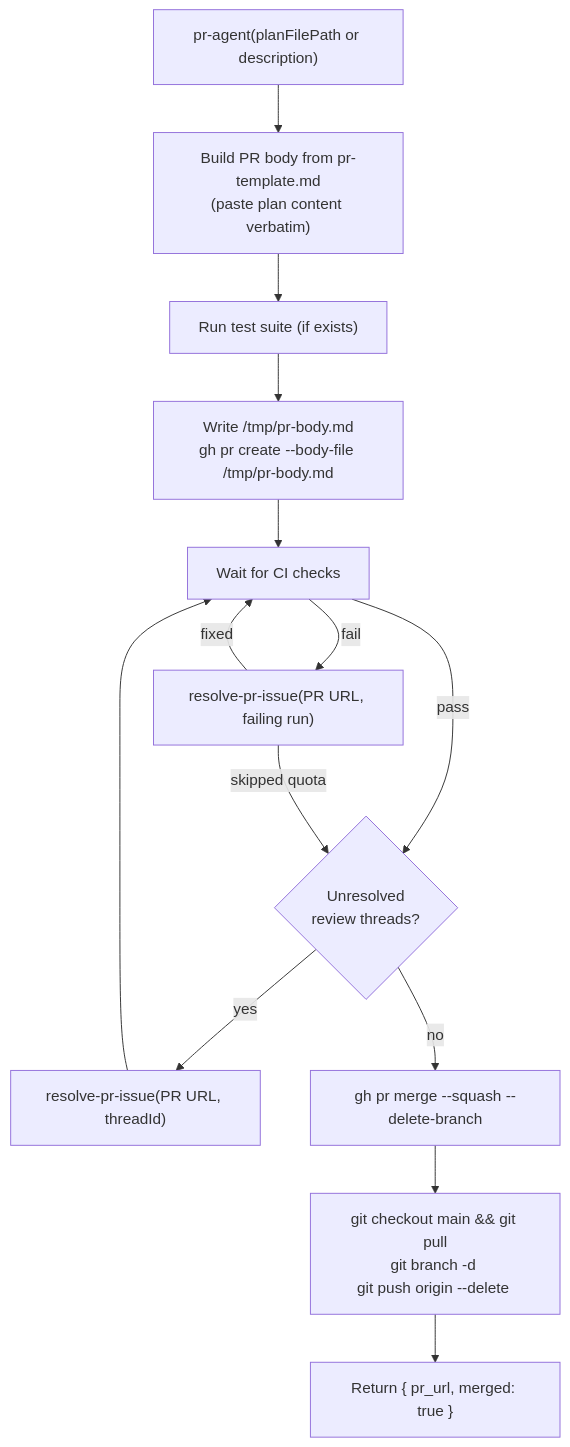
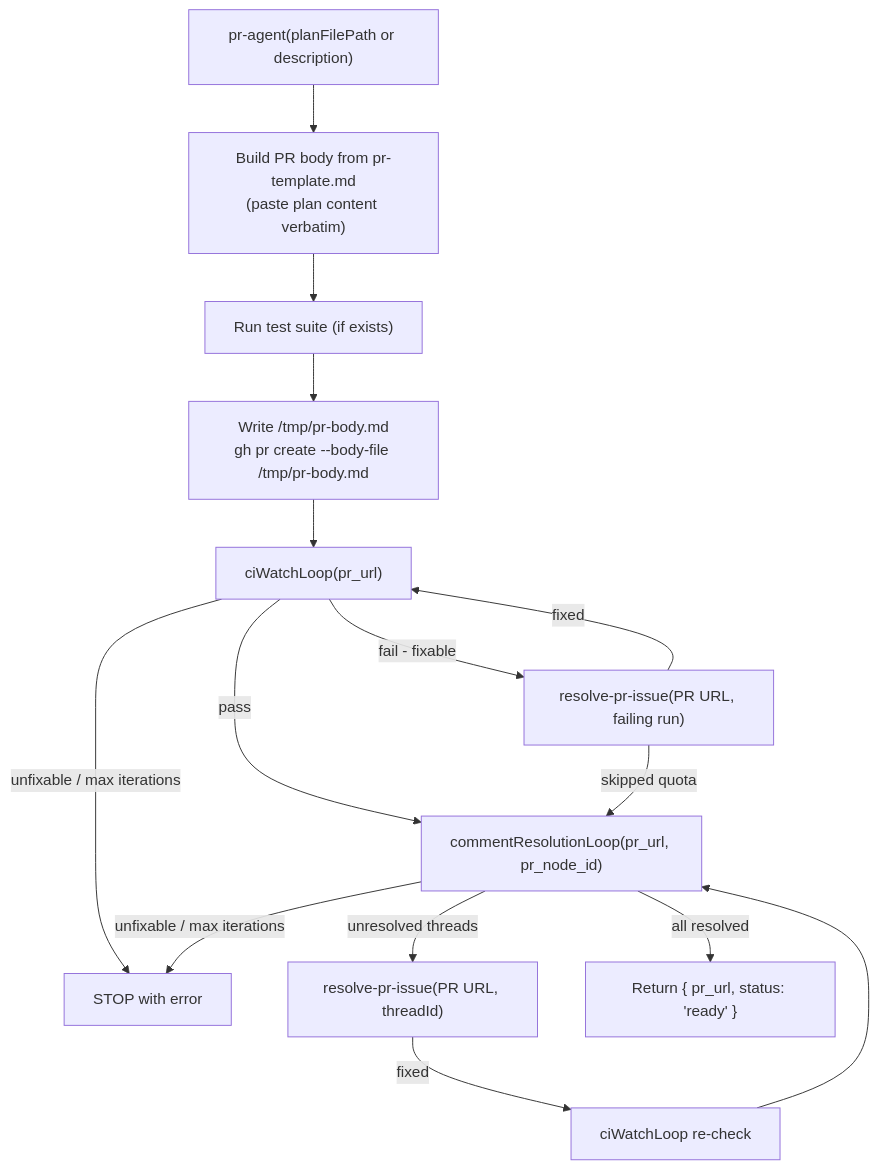
The diagram in docs/docs/open-pr.md (lewibs/dark-factory), drawn with Mermaid before and after one commit. The commit also changed other lines of this file and 11 other files, not shown here.

Commit message:
feat(pr-agent): replace auto-merge with explicit ciWatchLoop and commentResolutionLoop pseudocode

````diff
--- a/docs/docs/open-pr.md
+++ b/docs/docs/open-pr.md
@@ -13,16 +13,17 @@
 ```mermaid
 flowchart TD
   Input["pr-agent(planFilePath or description)"] --> BuildBody["Build PR body from pr-template.md\n(paste plan content verbatim)"]
   BuildBody --> RunTests["Run test suite (if exists)"]
   RunTests --> OpenPR["Write /tmp/pr-body.md\ngh pr create --body-file /tmp/pr-body.md"]
-  OpenPR --> WatchCI["Wait for CI checks"]
-  WatchCI -->|pass| ReviewThreads{Unresolved\nreview threads?}
-  WatchCI -->|fail| ResolvCI["resolve-pr-issue(PR URL, failing run)"]
-  ResolvCI -->|fixed| WatchCI
-  ResolvCI -->|skipped quota| ReviewThreads
-  ReviewThreads -->|yes| ResolvThread["resolve-pr-issue(PR URL, threadId)"]
-  ResolvThread --> WatchCI
-  ReviewThreads -->|no| Merge["gh pr merge --squash --delete-branch"]
-  Merge --> Cleanup["git checkout main && git pull\ngit branch -d <branch>\ngit push origin --delete <branch>"]
-  Cleanup --> Done["Return { pr_url, merged: true }"]
+  OpenPR --> CILoop["ciWatchLoop(pr_url)"]
+  CILoop -->|pass| CommentLoop["commentResolutionLoop(pr_url, pr_node_id)"]
+  CILoop -->|fail - fixable| ResolvCI["resolve-pr-issue(PR URL, failing run)"]
+  ResolvCI -->|fixed| CILoop
+  ResolvCI -->|skipped quota| CommentLoop
+  CILoop -->|unfixable / max iterations| Error["STOP with error"]
+  CommentLoop -->|unresolved threads| ResolvThread["resolve-pr-issue(PR URL, threadId)"]
+  ResolvThread -->|fixed| CILoop2["ciWatchLoop re-check"]
+  CILoop2 --> CommentLoop
+  CommentLoop -->|unfixable / max iterations| Error
+  CommentLoop -->|all resolved| Done["Return { pr_url, status: 'ready' }"]
 ```
````
